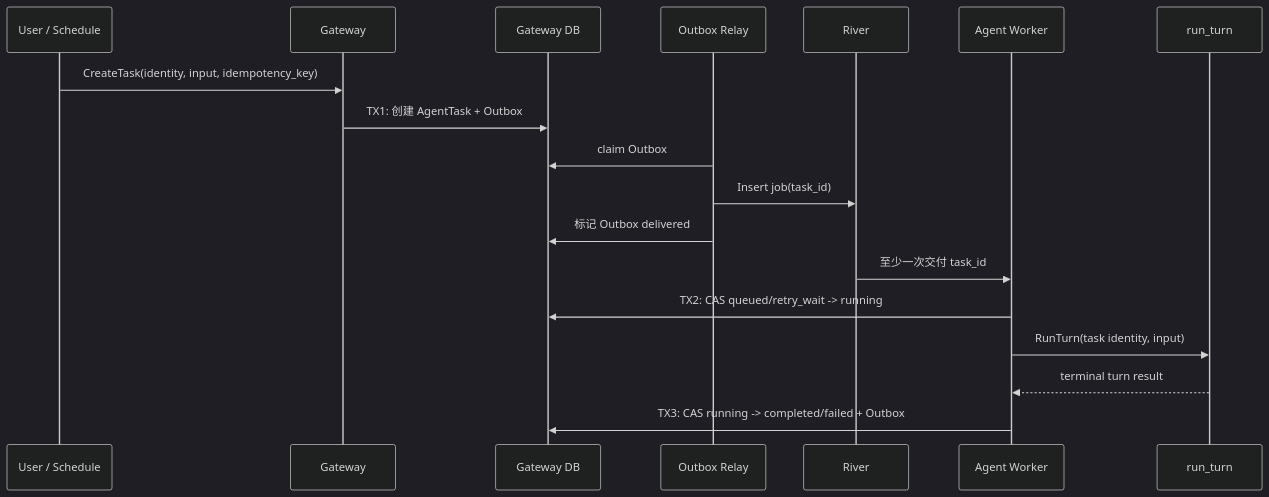
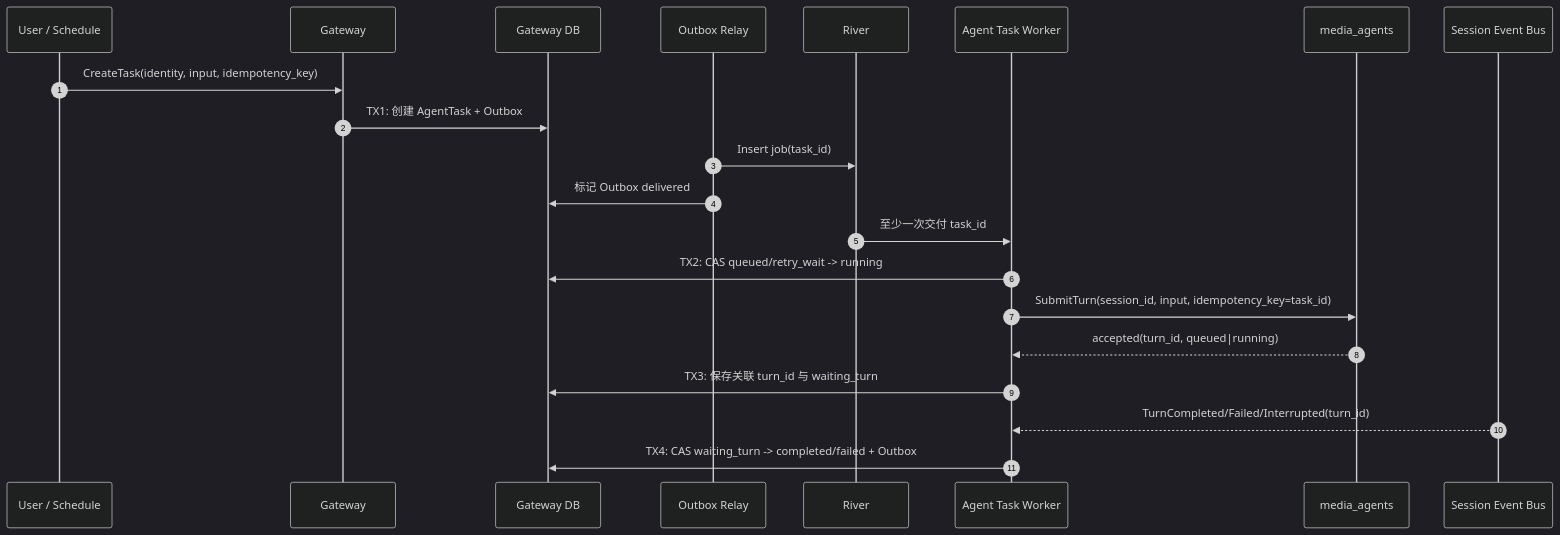
The diagram in docs/ddd/media_agent_gateway/workflow/0002-agent_task_dispatch/agent_task_dispatch.md (hotttao/media_agent), drawn with Mermaid (dark theme) before and after one commit. The commit also changed other lines of this file and 18 other files, not shown here.

Commit message:
docs: move turn ownership to agent runtime

````diff
--- a/docs/ddd/media_agent_gateway/workflow/0002-agent_task_dispatch/agent_task_dispatch.md
+++ b/docs/ddd/media_agent_gateway/workflow/0002-agent_task_dispatch/agent_task_dispatch.md
@@ -21,20 +30,24 @@
 ```mermaid
 sequenceDiagram
+    autonumber
     participant U as User / Schedule
     participant G as Gateway
     participant DB as Gateway DB
     participant O as Outbox Relay
     participant Q as River
-    participant W as Agent Worker
-    participant T as run_turn
+    participant W as Agent Task Worker
+    participant A as media_agents
+    participant B as Session Event Bus
+
     U->>G: CreateTask(identity, input, idempotency_key)
     G->>DB: TX1: 创建 AgentTask + Outbox
-    O->>DB: claim Outbox
     O->>Q: Insert job(task_id)
     O->>DB: 标记 Outbox delivered
     Q->>W: 至少一次交付 task_id
     W->>DB: TX2: CAS queued/retry_wait -> running
-    W->>T: RunTurn(task identity, input)
-    T-->>W: terminal turn result
-    W->>DB: TX3: CAS running -> completed/failed + Outbox
+    W->>A: SubmitTurn(session_id, input, idempotency_key=task_id)
+    A-->>W: accepted(turn_id, queued|running)
+    W->>DB: TX3: 保存关联 turn_id 与 waiting_turn
+    B-->>W: TurnCompleted/Failed/Interrupted(turn_id)
+    W->>DB: TX4: CAS waiting_turn -> completed/failed + Outbox
 ```
````
